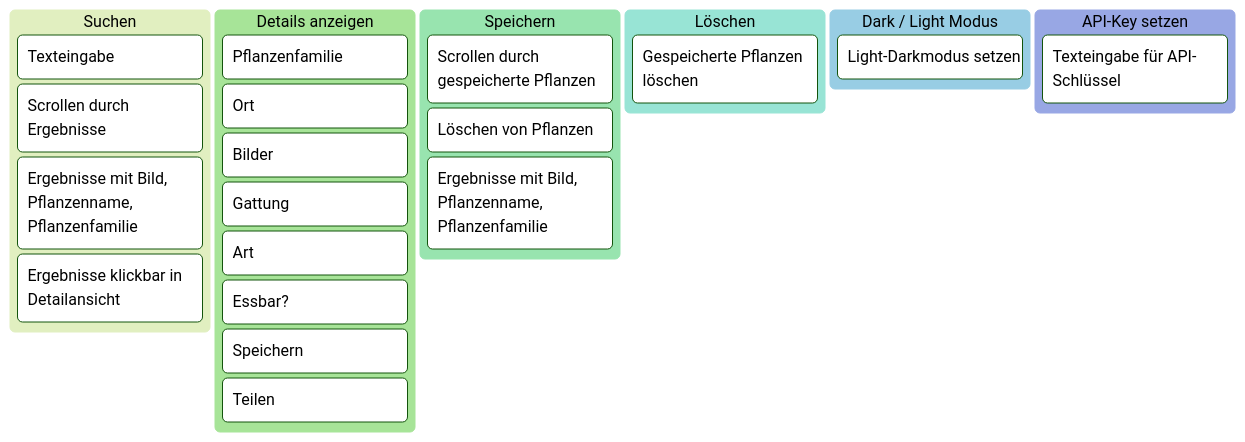
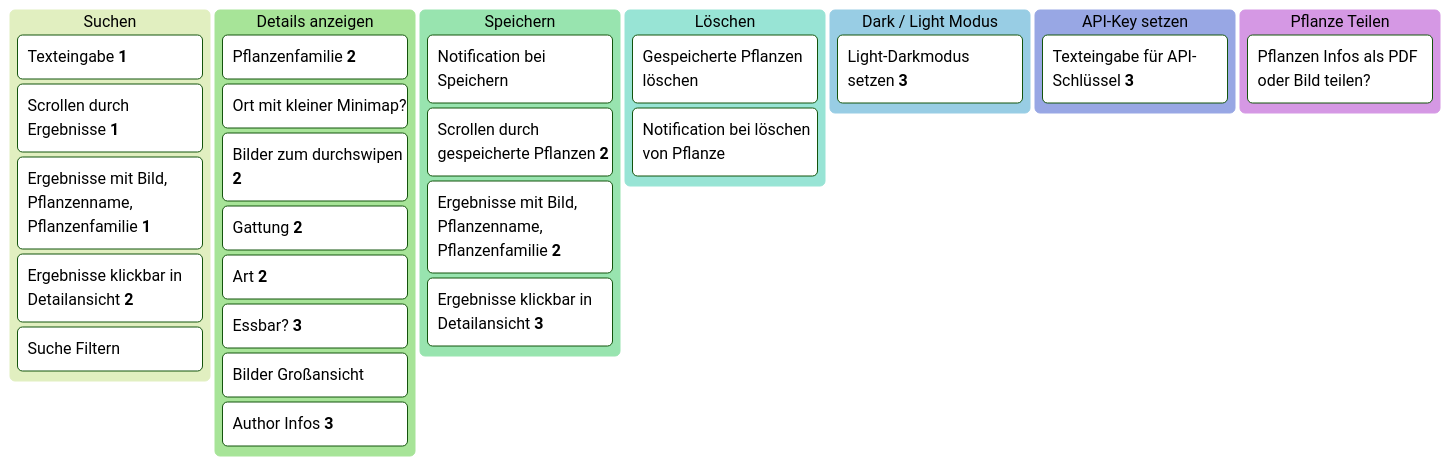
One commit to gascko/Pflanzenbox changed the diagram in README.md. Above: the diagram before and after it, drawn with Mermaid (forest theme). The commit also changed other lines of this file, not shown here.

Commit message:
Updated App to MVP 3, updated README.md

````diff
--- a/README.md
+++ b/README.md
@@ -16,27 +18,32 @@
 ```mermaid
 kanban
     columnSuchen[Suchen]
-        task1[Texteingabe]
-        task2[Scrollen durch Ergebnisse]
-        task3[Ergebnisse mit Bild, Pflanzenname, Pflanzenfamilie]
-        task4[Ergebnisse klickbar in Detailansicht]
+        task1[Texteingabe **1**]
+        task2[Scrollen durch Ergebnisse **1**]
+        task3[Ergebnisse mit Bild, Pflanzenname, Pflanzenfamilie **1**]
+        task4[Ergebnisse klickbar in Detailansicht **2**]
+        task5[Suche Filtern]
     columnDetails[Details anzeigen]
-        task1[Pflanzenfamilie]
-        task2[Ort]
-        task3[Bilder]
-        task4[Gattung]
-        task5[Art]
-        task6[Essbar?]
-        task7[Speichern]
-        task8[Teilen]
+        task1[Pflanzenfamilie **2**]
+        task2[Ort mit kleiner Minimap?]
+        task3[Bilder zum durchswipen **2**]
+        task4[Gattung **2**]
+        task5[Art **2**]
+        task6[Essbar? **3**]
+        task7[Bilder Großansicht]
+        task8[Author Infos **3**]
     columnSpeichern[Speichern]
-        task1[Scrollen durch gespeicherte Pflanzen]
-        task2[Löschen von Pflanzen]
-        task3[Ergebnisse mit Bild, Pflanzenname, Pflanzenfamilie]
+        task1[Notification bei Speichern]
+        task2[Scrollen durch gespeicherte Pflanzen **2**]
+        task3[Ergebnisse mit Bild, Pflanzenname, Pflanzenfamilie **2**]
+        task4[Ergebnisse klickbar in Detailansicht **3**]
     columnLöschen[Löschen]
         task1[Gespeicherte Pflanzen löschen]
+        task2[Notification bei löschen von Pflanze]
     columnLight[Dark / Light Modus]
-        task1[Light-Darkmodus setzen]
+        task1[Light-Darkmodus setzen **3**]
     columnApi[API-Key setzen]
-        task1[Texteingabe für API-Schlüssel]
+        task1[Texteingabe für API-Schlüssel **3**]
+    columnTeilen[Pflanze Teilen]
+        task1[Pflanzen Infos als PDF oder Bild teilen?]
 ```
````
